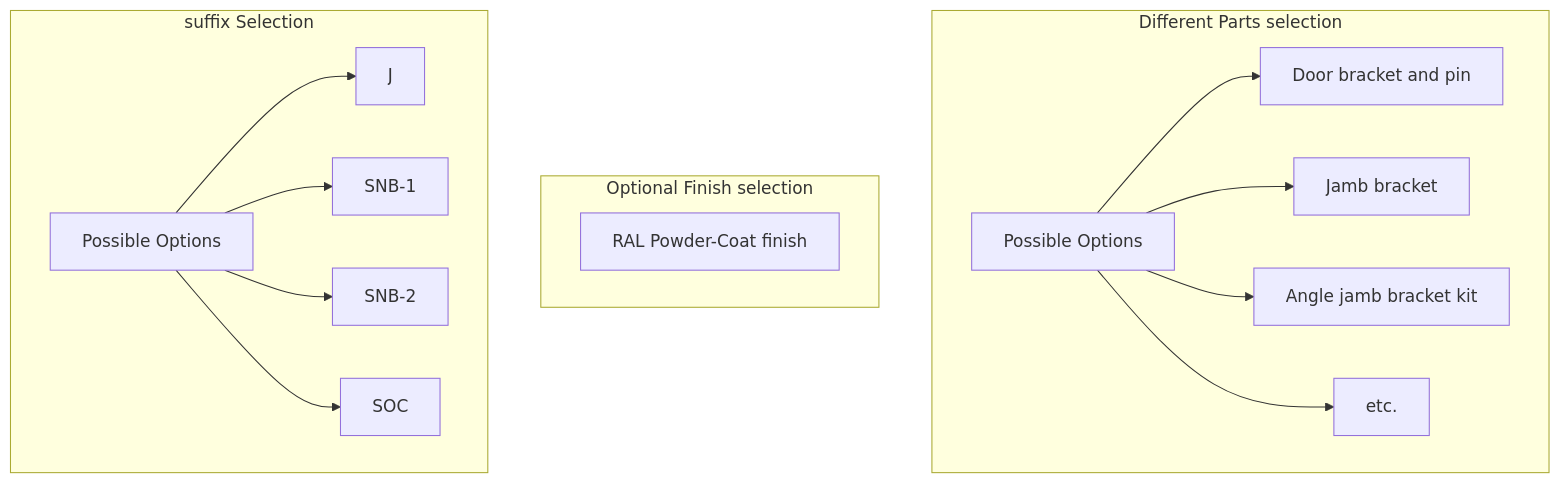
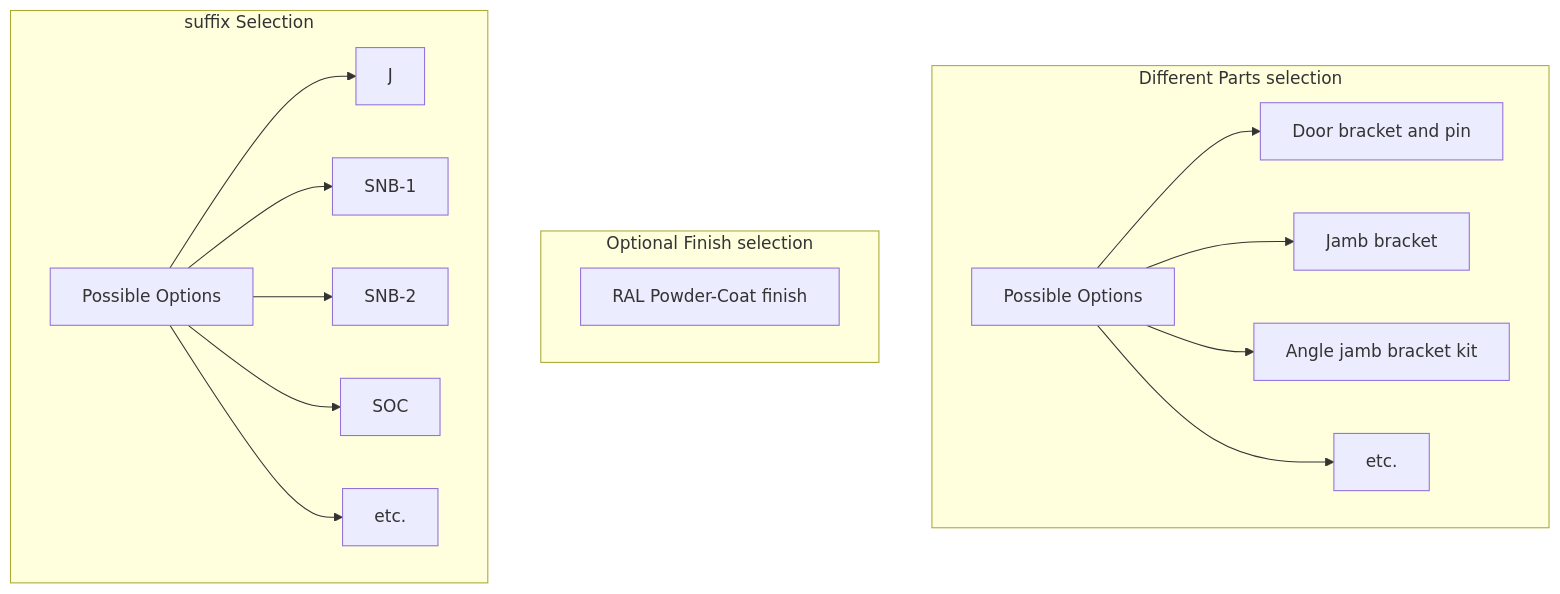
One commit to alokdas81/diamond-pricebook-diagram changed the third of 4 diagrams in README.md. Above: the diagram before and after it, drawn with Mermaid. The commit also changed other lines of this file, not shown here.

````diff
--- a/README.md
+++ b/README.md
@@ -276,35 +284,37 @@
 ```mermaid
 graph TB
 
 
 
 subgraph Different Parts selection
 G[Possible Options]
 H[Door bracket and pin]
 I[Jamb bracket]
 J[Angle jamb bracket kit]
 K[etc.]
 end
 
 subgraph Optional Finish selection
 F[RAL Powder-Coat finish]
 end
 
 subgraph suffix Selection
 A[Possible Options]
 B[J]
 C[SNB-1]
 D[SNB-2]
 E[SOC]
+L[etc.]
 end
 
 A --> B
 A --> C
 A --> D
 A --> E
+A --> L
 
 G --> H
 G --> I
 G --> J
 G --> K
 ```
````
